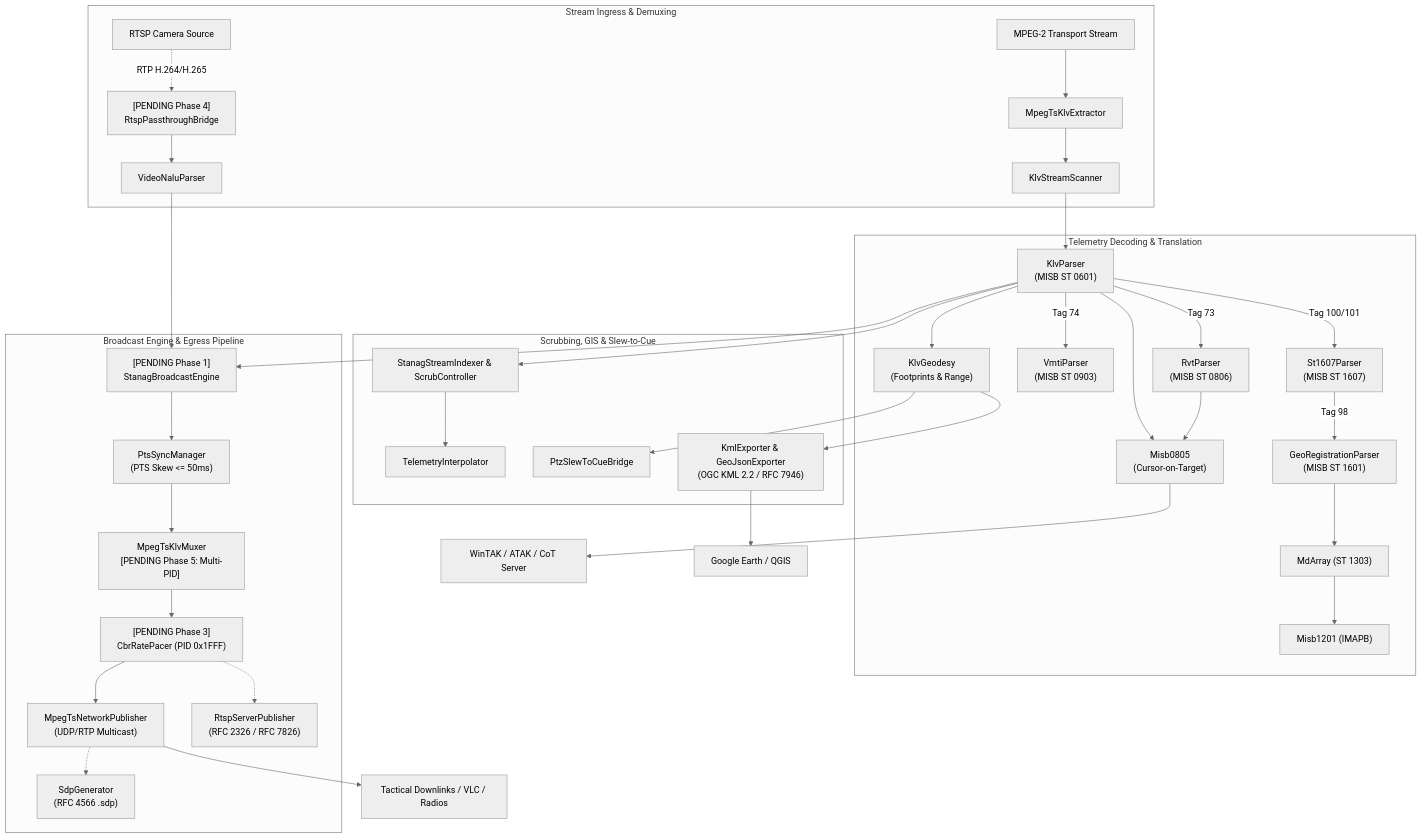
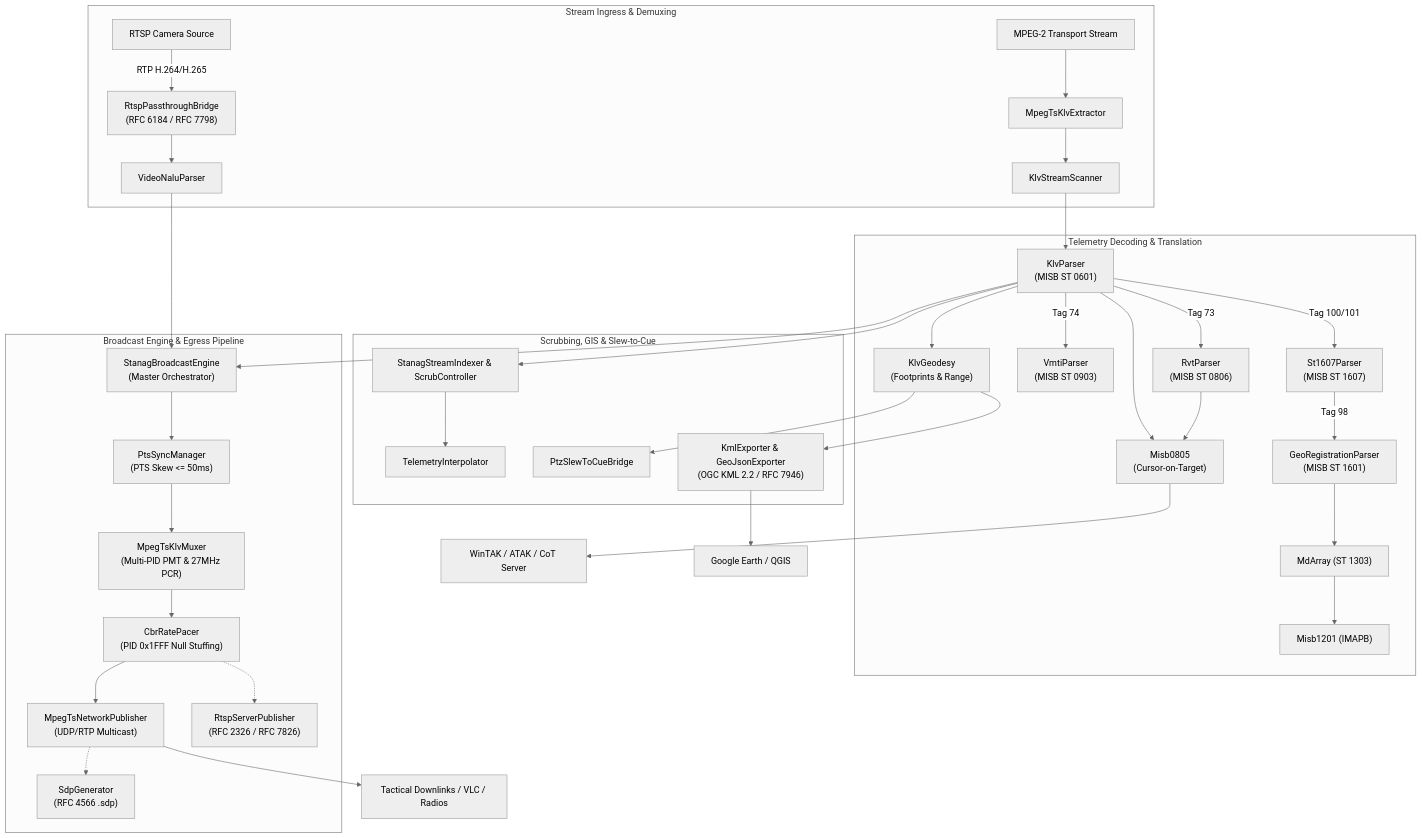
One commit to svagionitis/PelcoD-Controller changed the diagram in docs/KLV_Features.md. Above: the diagram before and after it, drawn with Mermaid (neutral theme). The commit also changed other lines of this file and 1 other file, not shown here.

First line of the commit message:
docs(klv): consolidate STANAG 4609 feature specs

````diff
--- a/docs/KLV_Features.md
+++ b/docs/KLV_Features.md
@@ -108,45 +108,45 @@
 ```mermaid
 flowchart TD
     subgraph Ingest["Stream Ingress & Demuxing"]
         TS_IN["MPEG-2 Transport Stream"] --> Extractor["MpegTsKlvExtractor"]
         Extractor --> Scanner["KlvStreamScanner"]
-        RTSP_IN["RTSP Camera Source"] -.->|RTP H.264/H.265| RTSP_BRG["[PENDING Phase 4]<br/>RtspPassthroughBridge"]
+        RTSP_IN["RTSP Camera Source"] -->|RTP H.264/H.265| RTSP_BRG["RtspPassthroughBridge<br/>(RFC 6184 / RFC 7798)"]
         RTSP_BRG --> NALU["VideoNaluParser"]
     end
 
     subgraph MetadataDecoding["Telemetry Decoding & Translation"]
         Scanner --> ST0601["KlvParser<br/>(MISB ST 0601)"]
         ST0601 -->|Tag 73| RVT["RvtParser<br/>(MISB ST 0806)"]
         ST0601 -->|Tag 74| VMTI["VmtiParser<br/>(MISB ST 0903)"]
         ST0601 -->|Tag 100/101| ST1607["St1607Parser<br/>(MISB ST 1607)"]
         ST1607 -->|Tag 98| GEOR["GeoRegistrationParser<br/>(MISB ST 1601)"]
         GEOR --> MDARRAY["MdArray (ST 1303)"]
         MDARRAY --> MISB1201["Misb1201 (IMAPB)"]
 
         ST0601 --> GEODESY["KlvGeodesy<br/>(Footprints & Range)"]
         ST0601 --> COT["Misb0805<br/>(Cursor-on-Target)"]
         RVT --> COT
     end
 
     subgraph ScrubbingAndGis["Scrubbing, GIS & Slew-to-Cue"]
         ST0601 --> INDEXER["StanagStreamIndexer & ScrubController"]
         INDEXER --> INTERP["TelemetryInterpolator"]
         GEODESY --> SLEW["PtzSlewToCueBridge"]
         GEODESY --> GIS["KmlExporter & GeoJsonExporter<br/>(OGC KML 2.2 / RFC 7946)"]
     end
 
     subgraph BroadcastOrchestration["Broadcast Engine & Egress Pipeline"]
-        NALU --> ORCH["[PENDING Phase 1]<br/>StanagBroadcastEngine"]
+        NALU --> ORCH["StanagBroadcastEngine<br/>(Master Orchestrator)"]
         ST0601 --> ORCH
         ORCH --> SYNC["PtsSyncManager<br/>(PTS Skew <= 50ms)"]
-        SYNC --> MUX["MpegTsKlvMuxer<br/>[PENDING Phase 5: Multi-PID]"]
-        MUX --> PACER["[PENDING Phase 3]<br/>CbrRatePacer (PID 0x1FFF)"]
+        SYNC --> MUX["MpegTsKlvMuxer<br/>(Multi-PID PMT & 27MHz PCR)"]
+        MUX --> PACER["CbrRatePacer<br/>(PID 0x1FFF Null Stuffing)"]
         PACER --> PUB["MpegTsNetworkPublisher<br/>(UDP/RTP Multicast)"]
         PACER -.-> RTSP_SRV["RtspServerPublisher<br/>(RFC 2326 / RFC 7826)"]
         PUB -.-> SDP["SdpGenerator<br/>(RFC 4566 .sdp)"]
     end
 
     COT --> TAK["WinTAK / ATAK / CoT Server"]
     GIS --> EARTH["Google Earth / QGIS"]
     PUB --> NET["Tactical Downlinks / VLC / Radios"]
 ```
````
